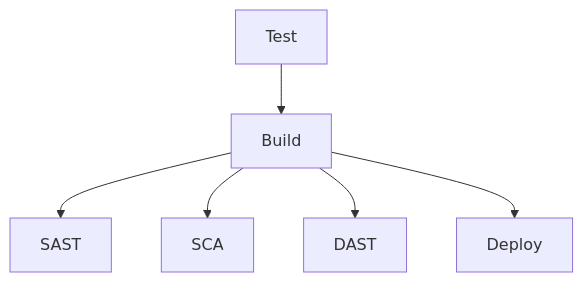
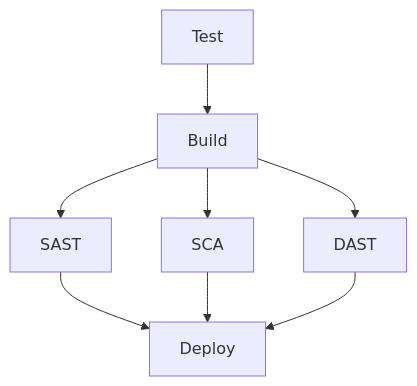
The diagram in README.md (gperezusil/repo-template), drawn with Mermaid before and after one commit. The commit also changed other lines of this file, not shown here.

````diff
--- a/README.md
+++ b/README.md
@@ -99,8 +99,10 @@
 ```mermaid
 graph TD
     A[Test] --> B[Build]
     B --> C[SAST]
     B --> D[SCA]
     B --> E[DAST]
-    B --> F[Deploy]
+    C --> F[Deploy]
+    D --> F
+    E --> F
 ```
````
